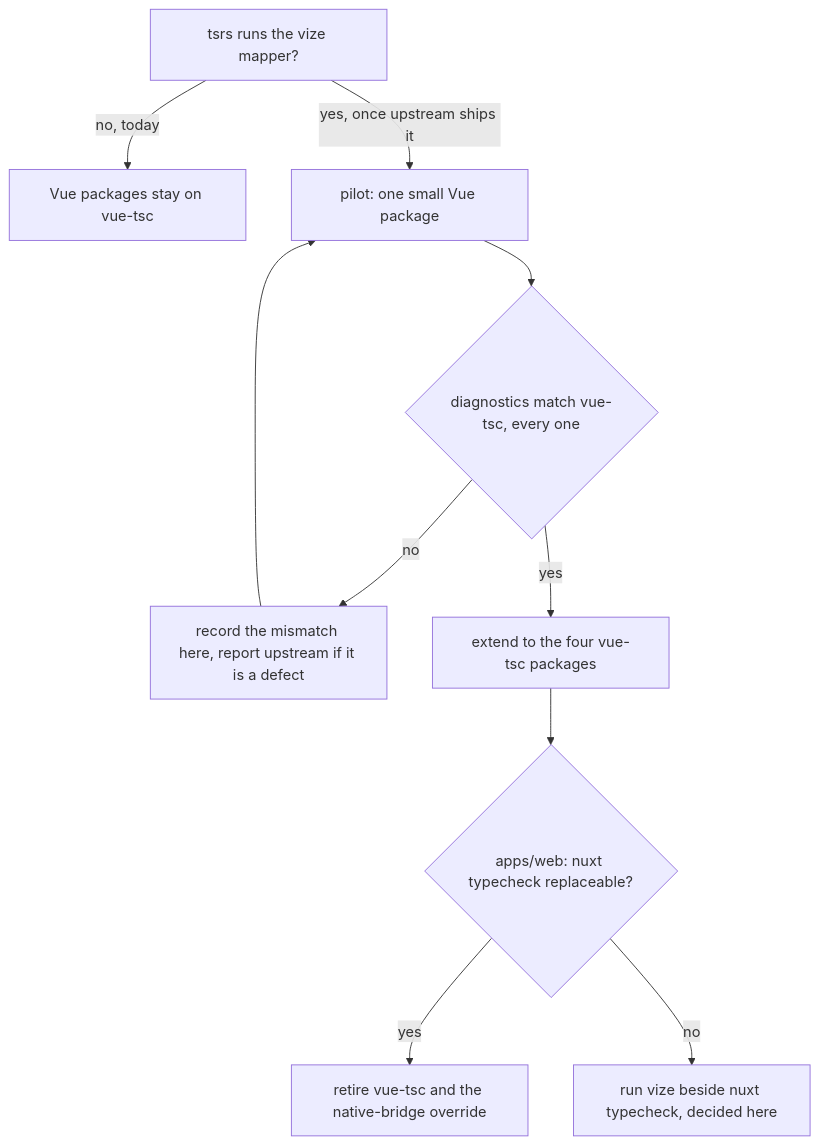
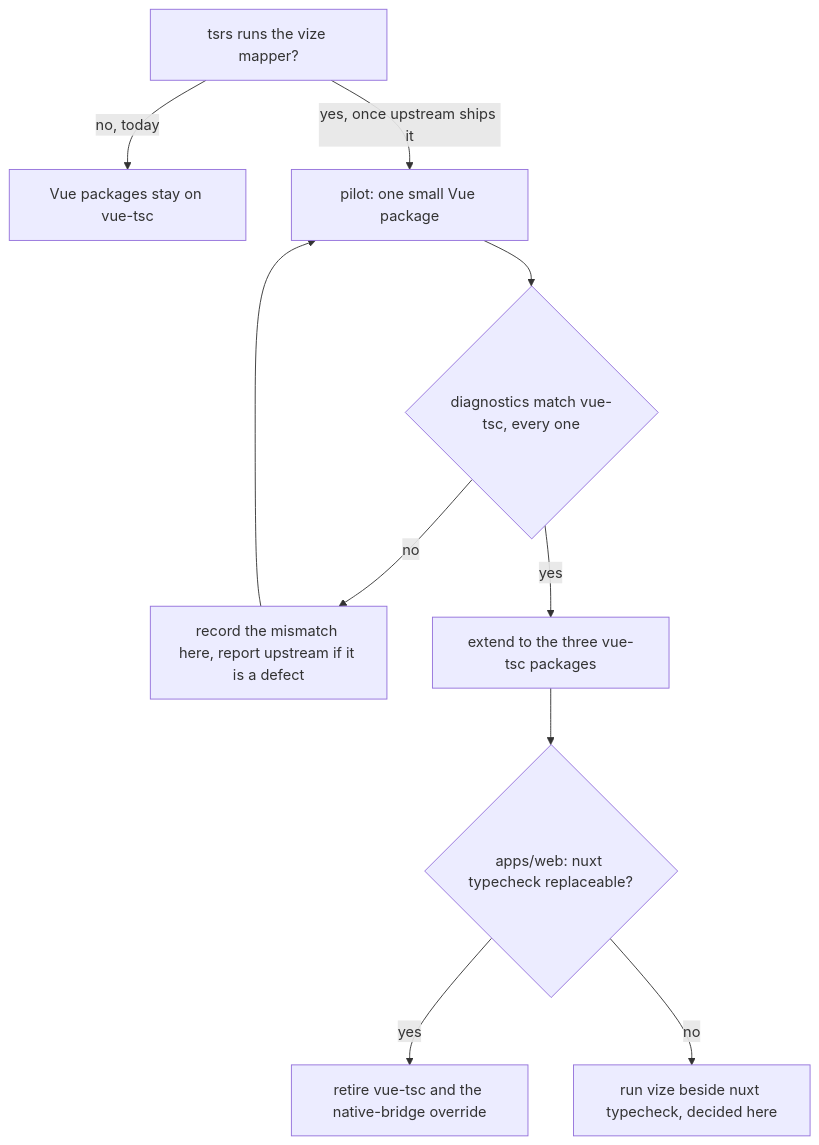
Before and after one commit to Esposter/Esposter: the diagram in openspec/changes/architecture-vize-vue-typecheck/design.md, drawn with Mermaid. The commit also changed other lines of this file and 1 other file, not shown here.

Commit message:
docs(openspec): correct the vue-tsc package count and trim the proposal's spike recap
Three packages run vue-tsc, not four, in the proposal and the design's
mechanism. The proposal's spike section restated the design's spike table,
so it now points there.

````diff
--- a/openspec/changes/architecture-vize-vue-typecheck/design.md
+++ b/openspec/changes/architecture-vize-vue-typecheck/design.md
@@ -47,12 +47,12 @@
 ```mermaid
 flowchart TD
   T["tsrs runs the vize mapper?"] -->|"no, today"| VUE["Vue packages stay on vue-tsc"]
   T -->|"yes, once upstream ships it"| PILOT["pilot: one small Vue package"]
   PILOT --> M{"diagnostics match vue-tsc, every one"}
   M -->|"no"| RECORD["record the mismatch here, report upstream if it is a defect"]
   RECORD --> PILOT
-  M -->|"yes"| SCOPE["extend to the four vue-tsc packages"]
+  M -->|"yes"| SCOPE["extend to the three vue-tsc packages"]
   SCOPE --> NUXT{"apps/web: nuxt typecheck replaceable?"}
   NUXT -->|"yes"| RETIRE["retire vue-tsc and the native-bridge override"]
   NUXT -->|"no"| BESIDE["run vize beside nuxt typecheck, decided here"]
 ```
````
